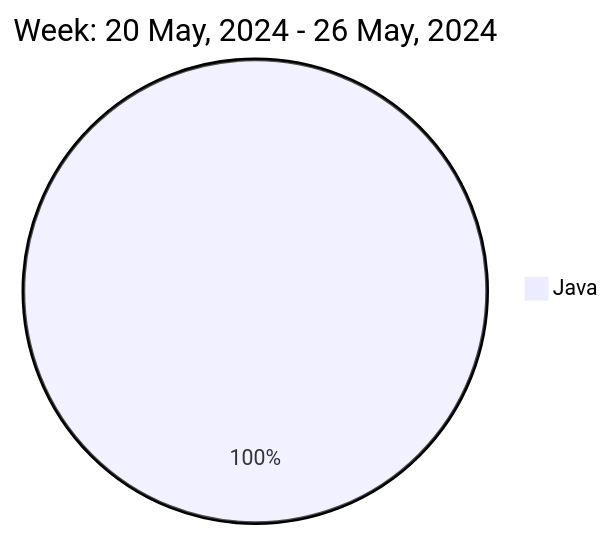
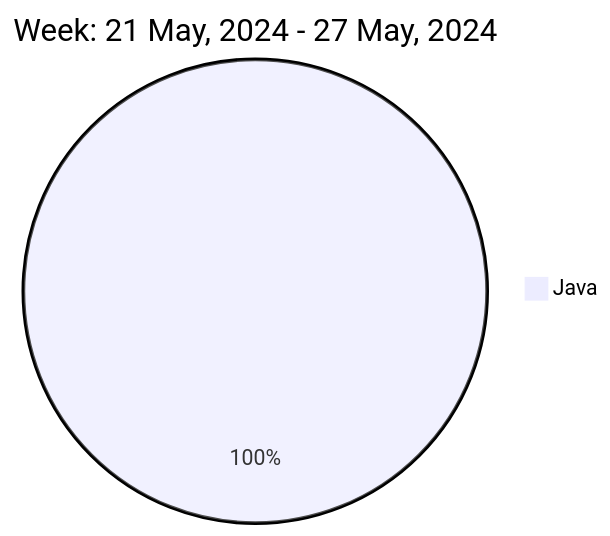
One commit to liubin95/liubin95 changed the diagram in README.md. Above: the diagram before and after it, drawn with Mermaid.

Commit message:
Updated the Graph with new Metrics

````diff
--- a/README.md
+++ b/README.md
@@ -37,5 +37,5 @@
 ```mermaid
  pie
-title Week: 20 May, 2024 - 26 May, 2024
+title Week: 21 May, 2024 - 27 May, 2024
  "Java" : 2.07
 ```
````
